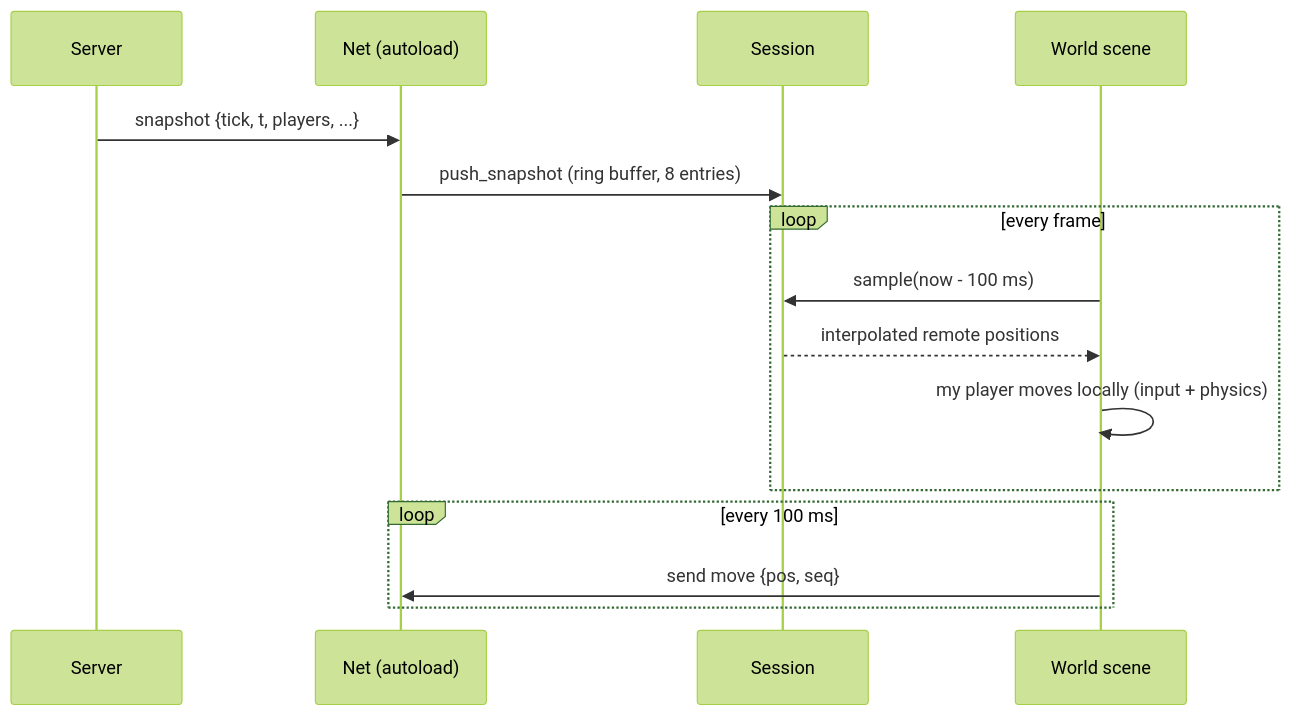
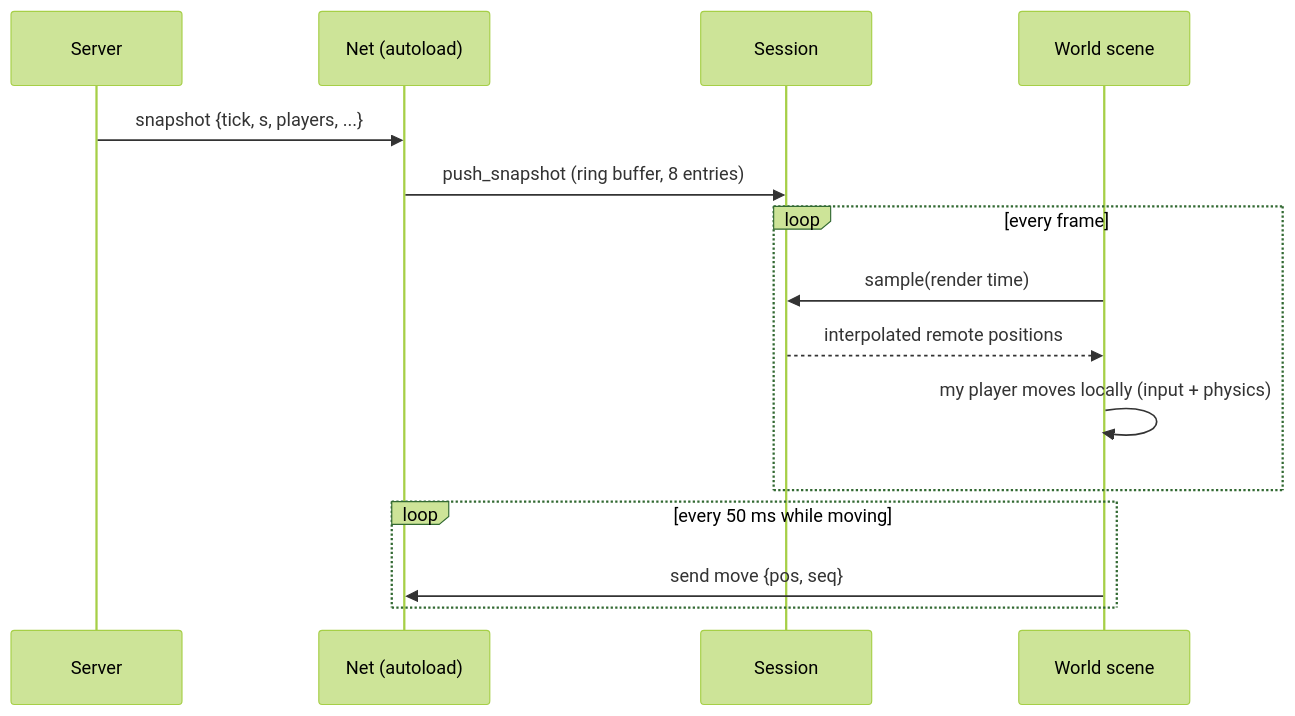
One commit to Faouzi-Blibech/EcoSus-Uncycled changed the third of 4 diagrams in docs/architecture/03-client.md. Above: the diagram before and after it, drawn with Mermaid (forest theme). The commit also changed other lines of this file and 11 other files, not shown here.

Commit message:
docs: second design review (2026-11-14) for the architecture views and the design spec

````diff
--- a/docs/architecture/03-client.md
+++ b/docs/architecture/03-client.md
@@ -114,17 +119,17 @@
 ```mermaid
 sequenceDiagram
     participant S as Server
     participant N as Net (autoload)
     participant Se as Session
     participant W as World scene
-    S->>N: snapshot {tick, t, players, ...}
+    S->>N: snapshot {tick, s, players, ...}
     N->>Se: push_snapshot (ring buffer, 8 entries)
     loop every frame
-        W->>Se: sample(now - 100 ms)
+        W->>Se: sample(render time)
         Se-->>W: interpolated remote positions
         W->>W: my player moves locally (input + physics)
     end
-    loop every 100 ms
+    loop every 50 ms while moving
         W->>N: send move {pos, seq}
     end
 ```
````
